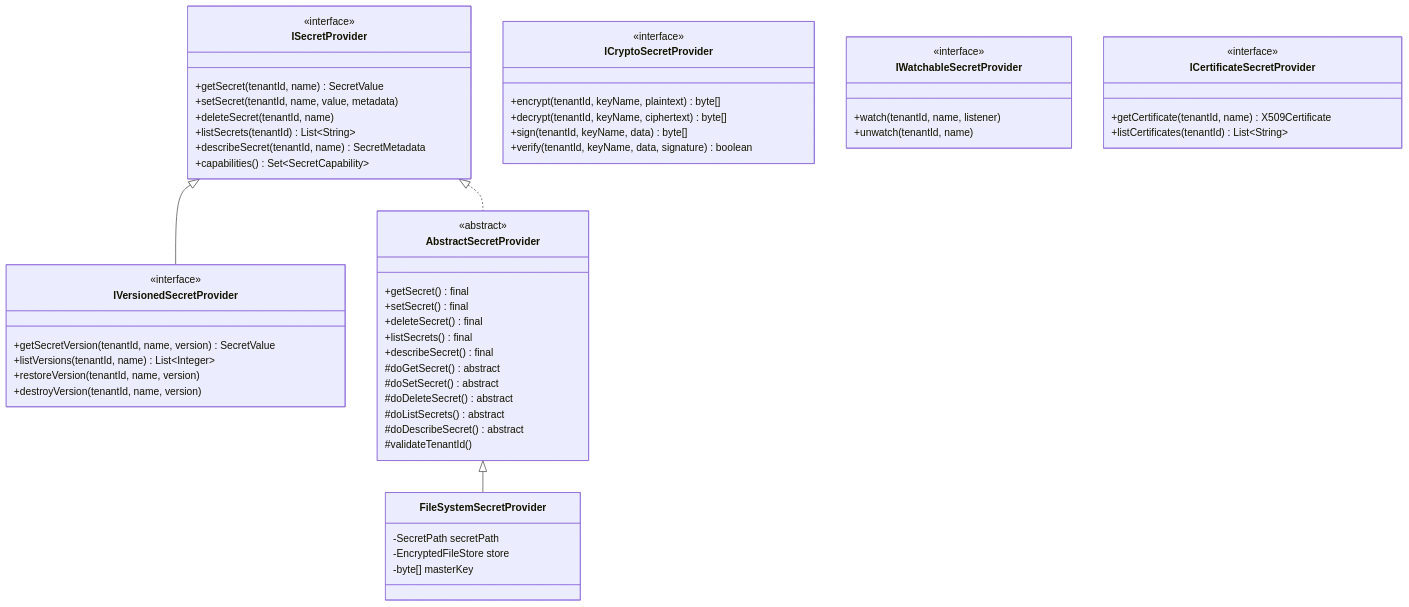
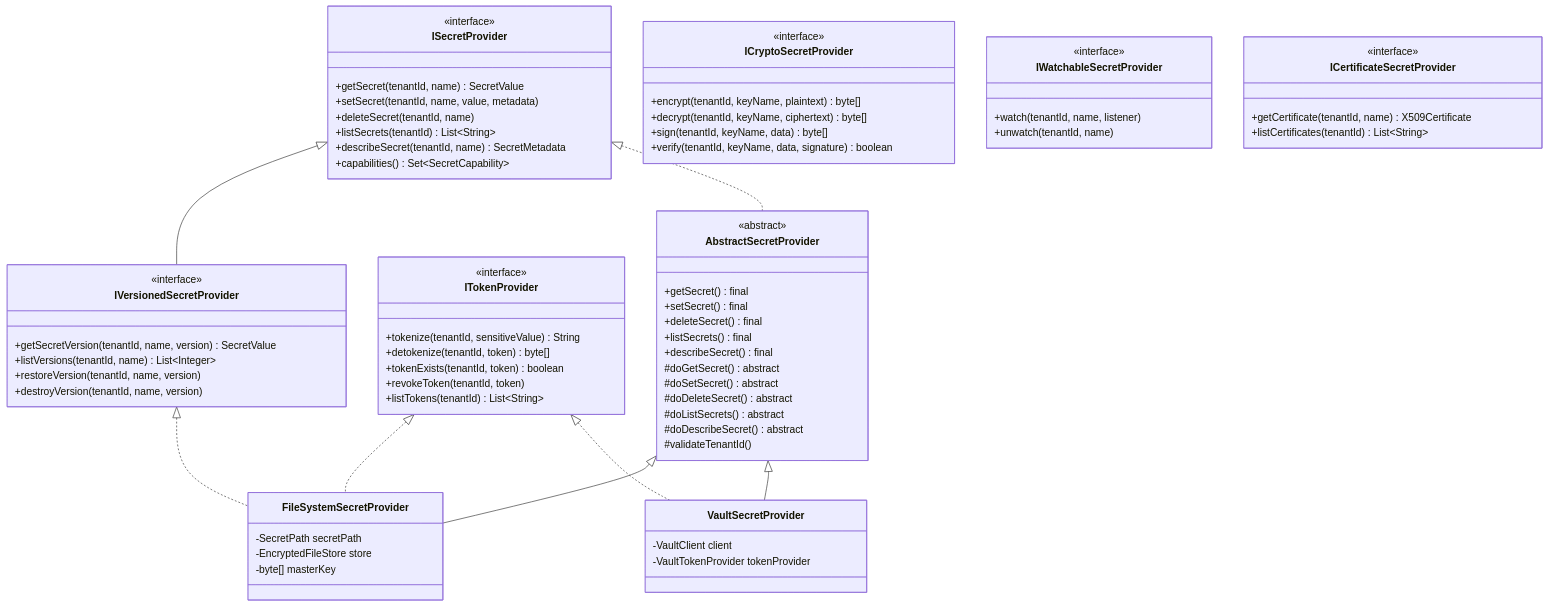
One commit to asebban/payos-docs changed the second of 13 diagrams in architecture/secret-provider-architecture.md. Above: the diagram before and after it, drawn with Mermaid. The commit also changed other lines of this file and 16 other files, not shown here.

````diff
--- a/architecture/secret-provider-architecture.md
+++ b/architecture/secret-provider-architecture.md
@@ -108,59 +111,75 @@
 ```mermaid
 classDiagram
     class ISecretProvider {
         <<interface>>
         +getSecret(tenantId, name) SecretValue
         +setSecret(tenantId, name, value, metadata)
         +deleteSecret(tenantId, name)
         +listSecrets(tenantId) List~String~
         +describeSecret(tenantId, name) SecretMetadata
         +capabilities() Set~SecretCapability~
     }
     class IVersionedSecretProvider {
         <<interface>>
         +getSecretVersion(tenantId, name, version) SecretValue
         +listVersions(tenantId, name) List~Integer~
         +restoreVersion(tenantId, name, version)
         +destroyVersion(tenantId, name, version)
+    }
+    class ITokenProvider {
+        <<interface>>
+        +tokenize(tenantId, sensitiveValue) String
+        +detokenize(tenantId, token) byte[]
+        +tokenExists(tenantId, token) boolean
+        +revokeToken(tenantId, token)
+        +listTokens(tenantId) List~String~
     }
     class ICryptoSecretProvider {
         <<interface>>
         +encrypt(tenantId, keyName, plaintext) byte[]
         +decrypt(tenantId, keyName, ciphertext) byte[]
         +sign(tenantId, keyName, data) byte[]
         +verify(tenantId, keyName, data, signature) boolean
     }
     class IWatchableSecretProvider {
         <<interface>>
         +watch(tenantId, name, listener)
         +unwatch(tenantId, name)
     }
     class ICertificateSecretProvider {
         <<interface>>
         +getCertificate(tenantId, name) X509Certificate
         +listCertificates(tenantId) List~String~
     }
     class AbstractSecretProvider {
         <<abstract>>
         +getSecret() final
         +setSecret() final
         +deleteSecret() final
         +listSecrets() final
         +describeSecret() final
         #doGetSecret() abstract
         #doSetSecret() abstract
         #doDeleteSecret() abstract
         #doListSecrets() abstract
         #doDescribeSecret() abstract
         #validateTenantId()
     }
     class FileSystemSecretProvider {
         -SecretPath secretPath
         -EncryptedFileStore store
         -byte[] masterKey
     }
+    class VaultSecretProvider {
+        -VaultClient client
+        -VaultTokenProvider tokenProvider
+    }
 
     ISecretProvider <|-- IVersionedSecretProvider
     ISecretProvider <|.. AbstractSecretProvider
     AbstractSecretProvider <|-- FileSystemSecretProvider
+    AbstractSecretProvider <|-- VaultSecretProvider
+    ITokenProvider <|.. FileSystemSecretProvider
+    ITokenProvider <|.. VaultSecretProvider
+    IVersionedSecretProvider <|.. FileSystemSecretProvider
 ```
````
